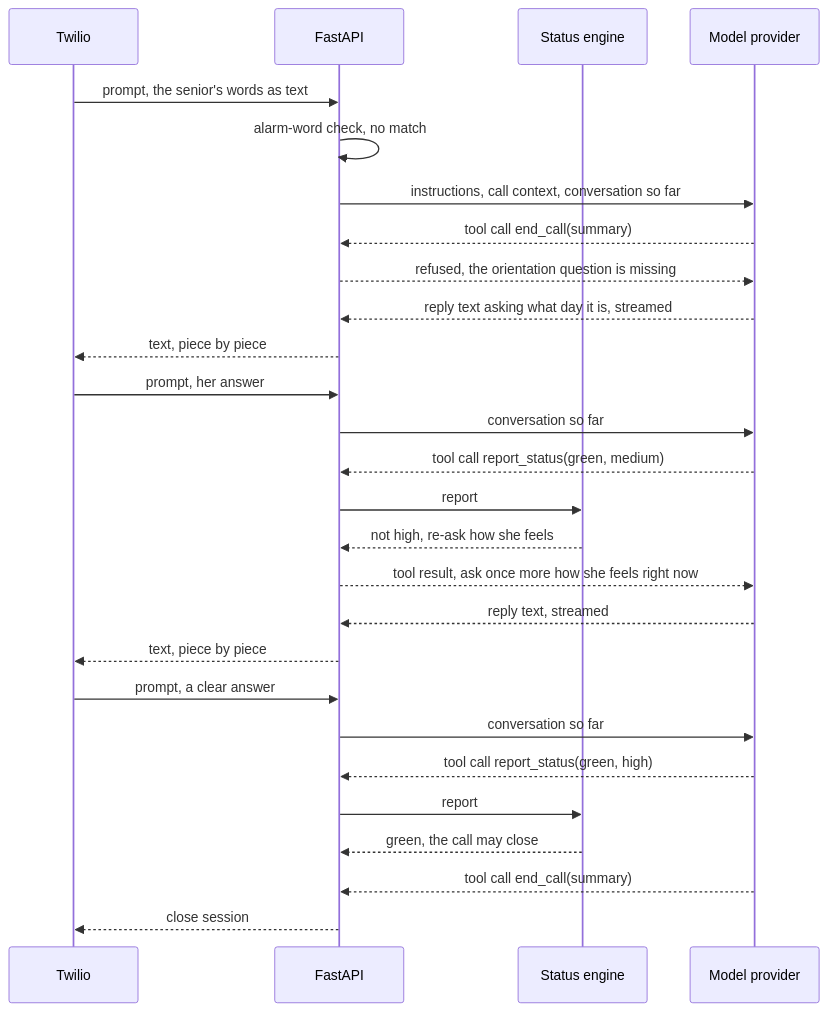
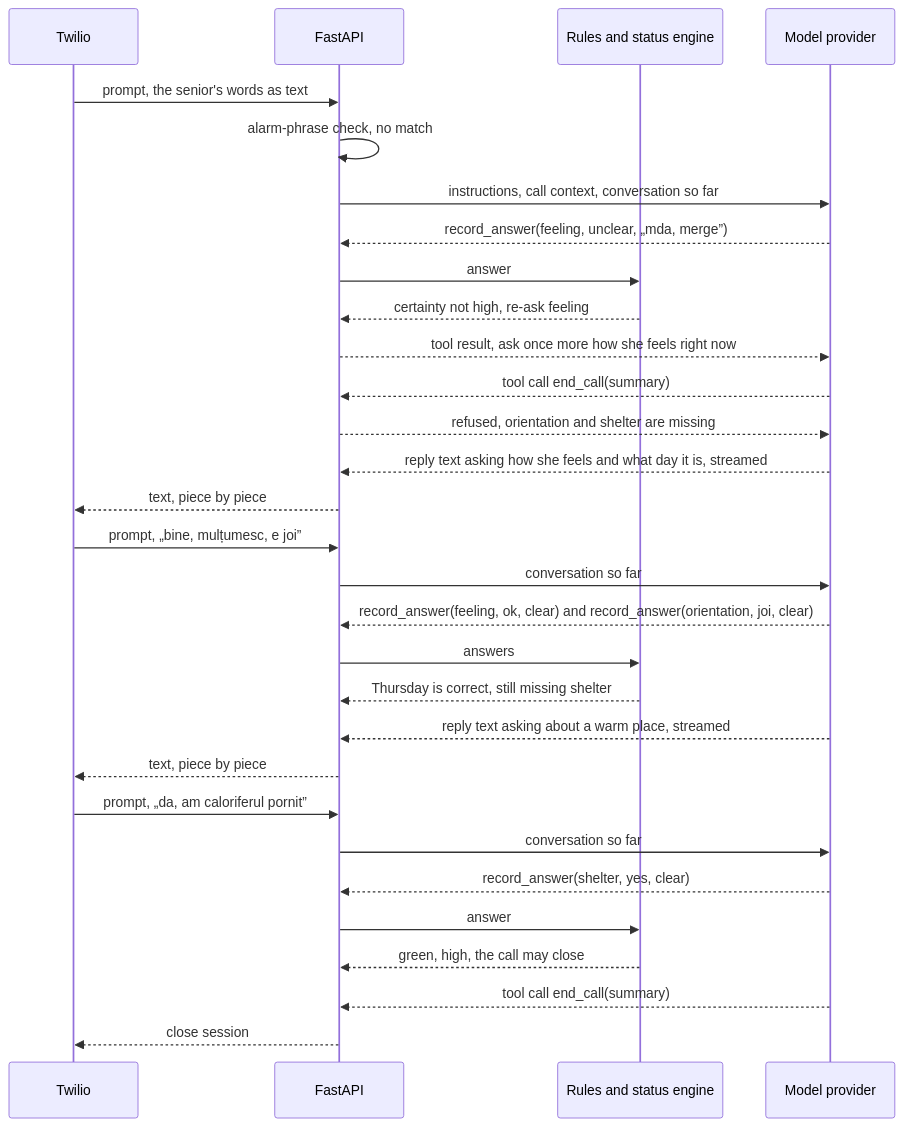
The diagram in docs/specs/sentinela/04-interfaces.md (paulhondola/EchoCare), drawn with Mermaid before and after one commit. The commit also changed other lines of this file and 6 other files, not shown here.

First line of the commit message:
Revise Sentinela MVP architecture and rules

````diff
--- a/docs/specs/sentinela/04-interfaces.md
+++ b/docs/specs/sentinela/04-interfaces.md
@@ -164,30 +173,33 @@
 ```mermaid
 sequenceDiagram
     participant T as Twilio
     participant F as FastAPI
-    participant E as Status engine
+    participant E as Rules and status engine
     participant L as Model provider
 
     T->>F: prompt, the senior's words as text
-    F->>F: alarm-word check, no match
+    F->>F: alarm-phrase check, no match
     F->>L: instructions, call context, conversation so far
+    L-->>F: record_answer(feeling, unclear, „mda, merge”)
+    F->>E: answer
+    E-->>F: certainty not high, re-ask feeling
+    F-->>L: tool result, ask once more how she feels right now
     L-->>F: tool call end_call(summary)
-    F-->>L: refused, the orientation question is missing
-    L-->>F: reply text asking what day it is, streamed
+    F-->>L: refused, orientation and shelter are missing
+    L-->>F: reply text asking how she feels and what day it is, streamed
     F-->>T: text, piece by piece
-    T->>F: prompt, her answer
+    T->>F: prompt, „bine, mulțumesc, e joi”
     F->>L: conversation so far
-    L-->>F: tool call report_status(green, medium)
-    F->>E: report
-    E-->>F: not high, re-ask how she feels
-    F-->>L: tool result, ask once more how she feels right now
-    L-->>F: reply text, streamed
+    L-->>F: record_answer(feeling, ok, clear) and record_answer(orientation, joi, clear)
+    F->>E: answers
+    E-->>F: Thursday is correct, still missing shelter
+    L-->>F: reply text asking about a warm place, streamed
     F-->>T: text, piece by piece
-    T->>F: prompt, a clear answer
+    T->>F: prompt, „da, am caloriferul pornit”
     F->>L: conversation so far
-    L-->>F: tool call report_status(green, high)
-    F->>E: report
-    E-->>F: green, the call may close
+    L-->>F: record_answer(shelter, yes, clear)
+    F->>E: answer
+    E-->>F: green, high, the call may close
     L-->>F: tool call end_call(summary)
     F-->>T: close session
 ```
````
